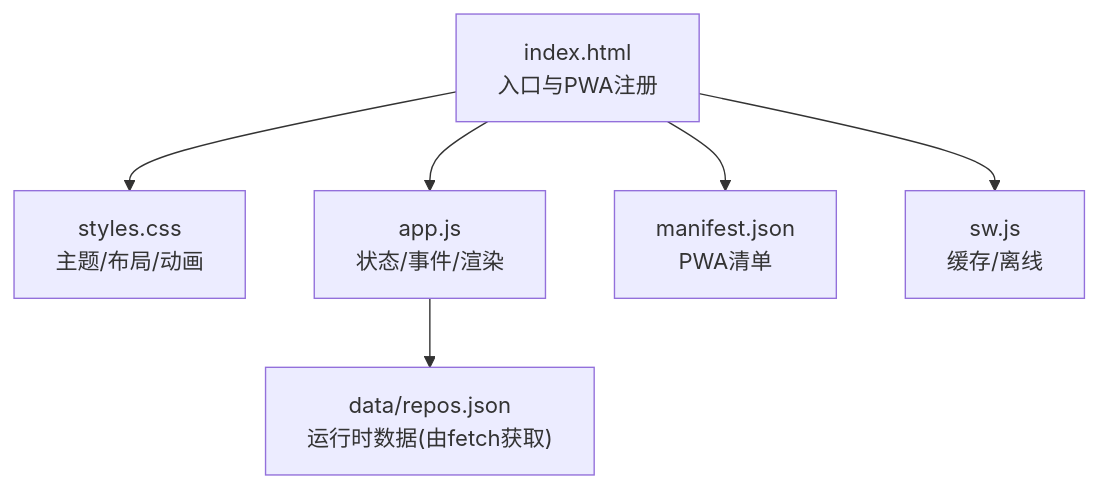
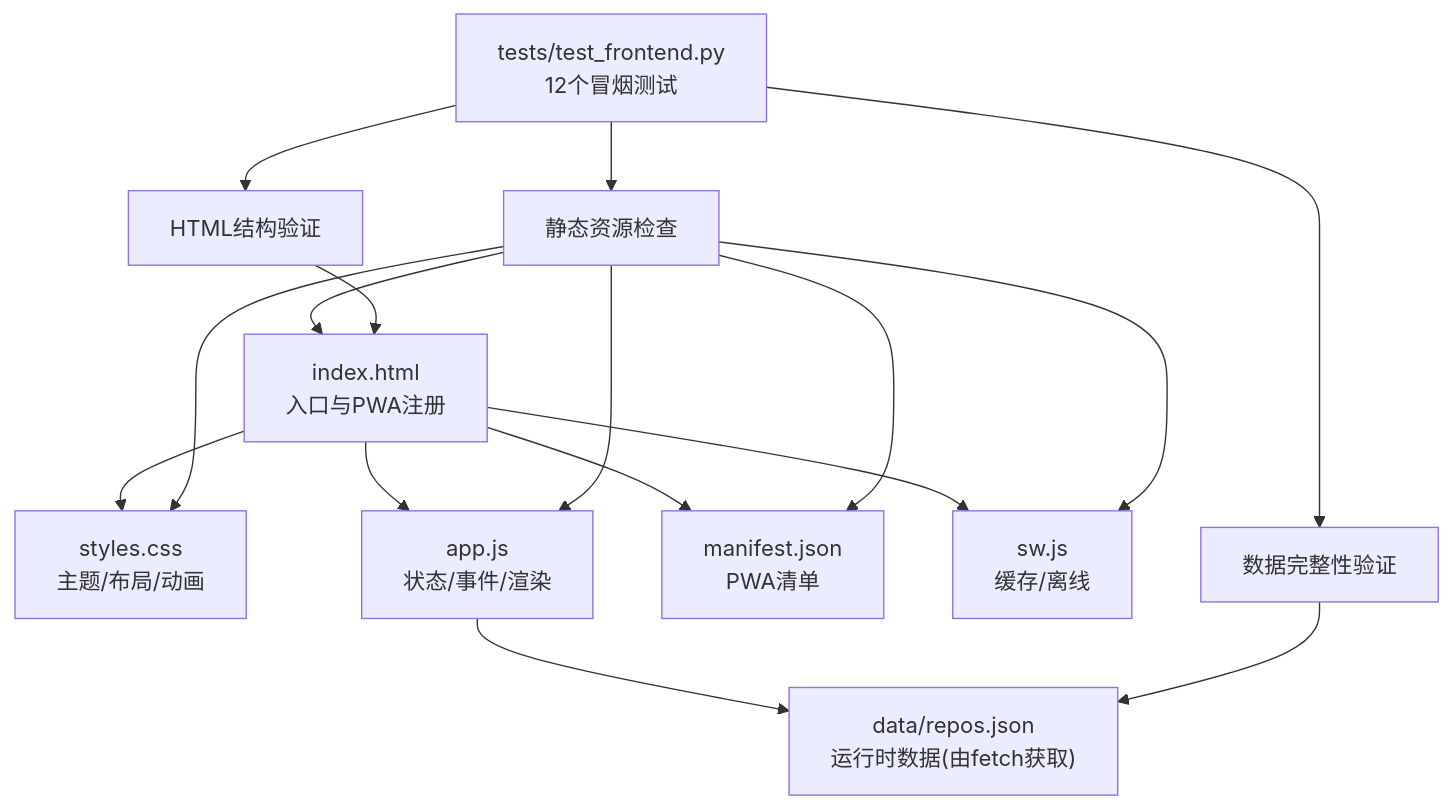
One commit to allengaller/repo-database changed the first of 10 diagrams in .qoder/repowiki/zh/content/前端架构/前端架构.md. Above: the diagram before and after it, drawn with Mermaid. The commit also changed other lines of this file and 38 other files, not shown here.

````diff
--- a/.qoder/repowiki/zh/content/前端架构/前端架构.md
+++ b/.qoder/repowiki/zh/content/前端架构/前端架构.md
@@ -36,8 +49,18 @@
 ```mermaid
 graph TB
 A["index.html<br/>入口与PWA注册"] --> B["styles.css<br/>主题/布局/动画"]
 A --> C["app.js<br/>状态/事件/渲染"]
 A --> D["manifest.json<br/>PWA清单"]
 A --> E["sw.js<br/>缓存/离线"]
 C --> F["data/repos.json<br/>运行时数据(由fetch获取)"]
+G["tests/test_frontend.py<br/>12个冒烟测试"] --> H["数据完整性验证"]
+G --> I["静态资源检查"]
+G --> J["HTML结构验证"]
+H --> F
+I --> A
+I --> B
+I --> C
+I --> D
+I --> E
+J --> A
 ```
````
